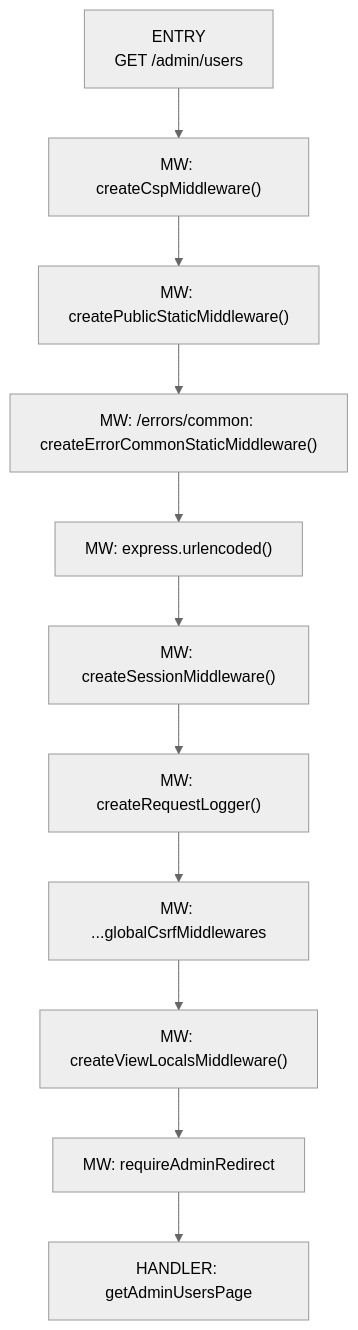
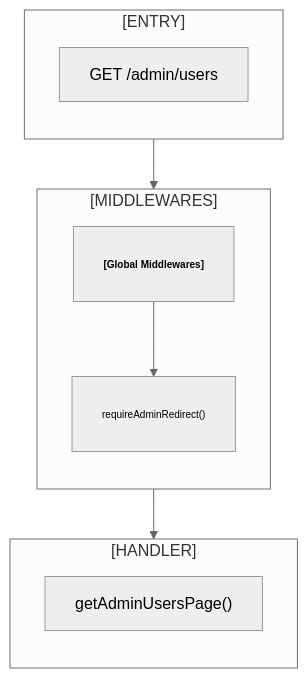
The diagram in docs/flowmap/flows/GET__admin_users.mmd (irondenker/my-code-my-kill), drawn with Mermaid (neutral theme) before and after one commit. The commit also changed 93 other files, not shown here.

Commit message:
📚 Docs: Regenerate flowmap artifacts for updated endpoint maps

```diff
--- a/docs/flowmap/flows/GET__admin_users.mmd
+++ b/docs/flowmap/flows/GET__admin_users.mmd
@@ -1,14 +1,22 @@
 flowchart TD
-ENTRY["ENTRY\nGET /admin/users"]
-ENTRY --> MW1["MW: createCspMiddleware()"]
-MW1 --> MW2["MW: createPublicStaticMiddleware()"]
-MW2 --> MW3["MW: /errors/common: createErrorCommonStaticMiddleware()"]
-MW3 --> MW4["MW: express.urlencoded()"]
-MW4 --> MW5["MW: createSessionMiddleware()"]
-MW5 --> MW6["MW: createRequestLogger()"]
-MW6 --> MW7["MW: ...globalCsrfMiddlewares"]
-MW7 --> MW8["MW: createViewLocalsMiddleware()"]
-MW8 --> MW9["MW: requireAdminRedirect"]
-MW9 --> HANDLER["HANDLER: getAdminUsersPage"]
+subgraph ENTRY_BLOCK["[ENTRY]"]
+direction TB
+ENTRY["GET /admin/users"]
+end
+subgraph MIDDLEWARES["[MIDDLEWARES]"]
+direction TB
+MIDDLEWARE1["<b>[Global Middlewares]</b>"]
+MIDDLEWARE2["requireAdminRedirect()"]
+end
+ENTRY --> MIDDLEWARE1
+MIDDLEWARE1 --> MIDDLEWARE2
+subgraph HANDLER_BLOCK["[HANDLER]"]
+direction TB
+HANDLER["getAdminUsersPage()"]
+end
+MIDDLEWARE2 --> HANDLER
+classDef middleware font-size:10px,padding:2px,stroke-width:1;
+classDef diagnostics stroke-dasharray: 2 2;
 classDef sink stroke-width:2;
 classDef exit stroke-dasharray: 4 2;
+class MIDDLEWARE1,MIDDLEWARE2 middleware;
```
